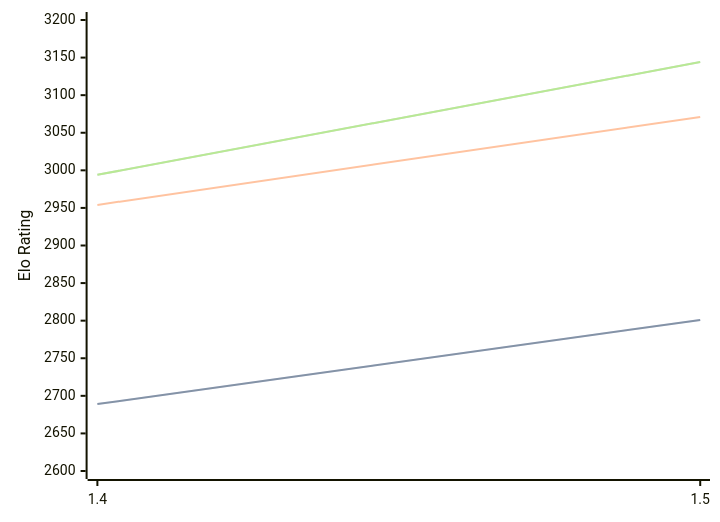
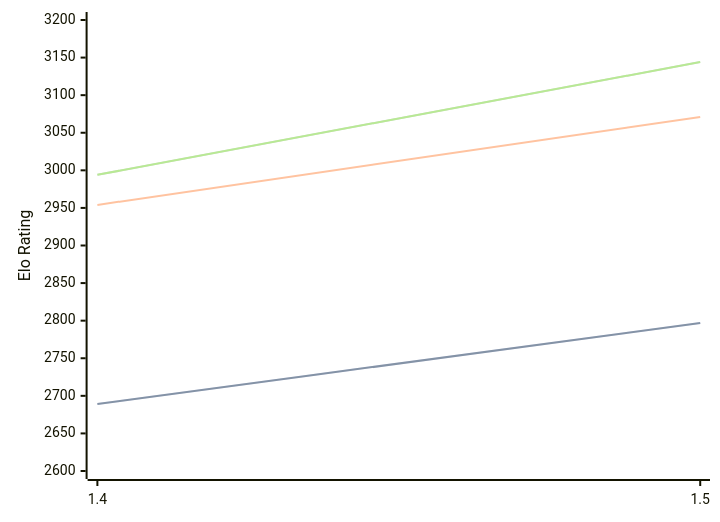
Before and after one commit to computer-chess-index/cci: the diagram in engines/Yakka.md, drawn with Mermaid. The commit also changed other lines of this file, not shown here.

Commit message:
Update CCI Ratings (ELO VLTC) - 2026-04-17

````diff
--- a/engines/Yakka.md
+++ b/engines/Yakka.md
@@ -36,11 +36,11 @@
 ```mermaid
 %%{init: {"theme":"base","themeVariables":{"seriesColors:['#a3a3a3','#222221','#faa371']}}}%%
 xychart-beta
   x-axis ["1.4", "1.5"]
   y-axis "Elo Rating" 2600 --> 3200
-  line "STC (8.0+0.08s)" [2689, 2801]
-  line "STC (8.0+0.08s)" [2689, 2801]
+  line "STC (8.0+0.08s)" [2689, 2797]
+  line "STC (8.0+0.08s)" [2689, 2797]
   line "LTC (60.0+0.60s)" [2954, 3071]
   line "VLTC (2m24s+1.12s)" [2994, 3144]
   line "VLTC (2m24s+1.12s)" [2994, 3144]
 ```
````
